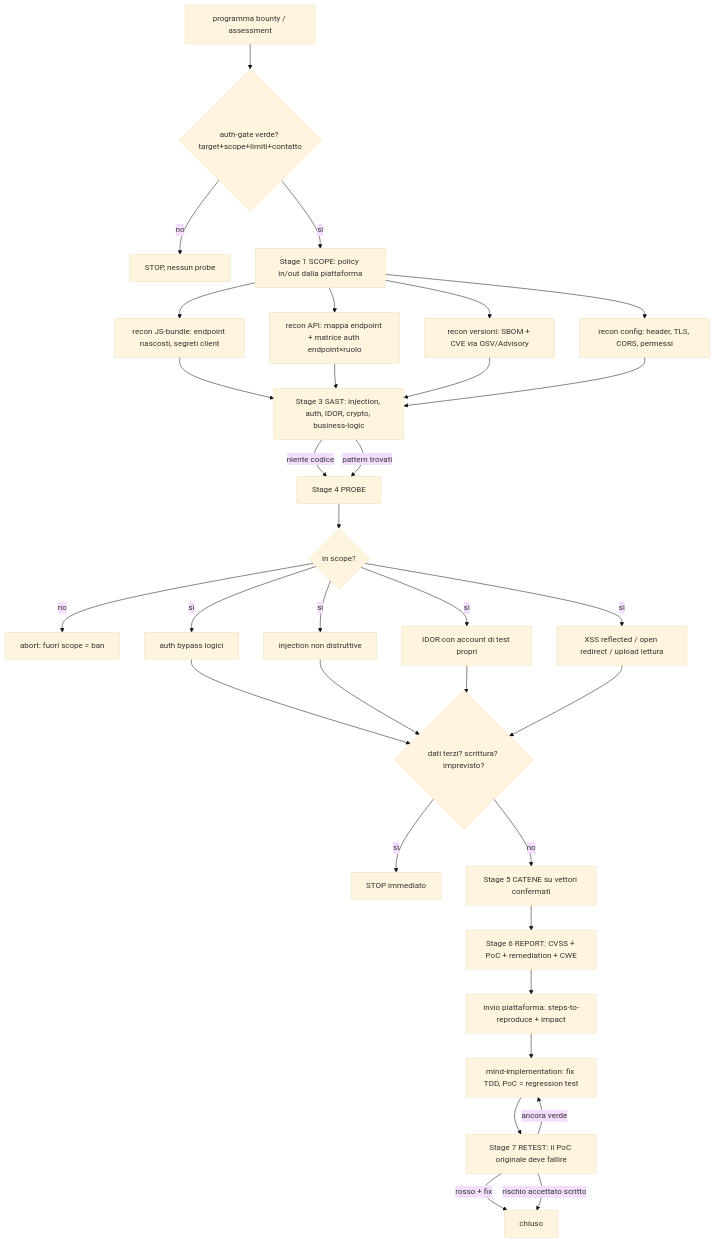
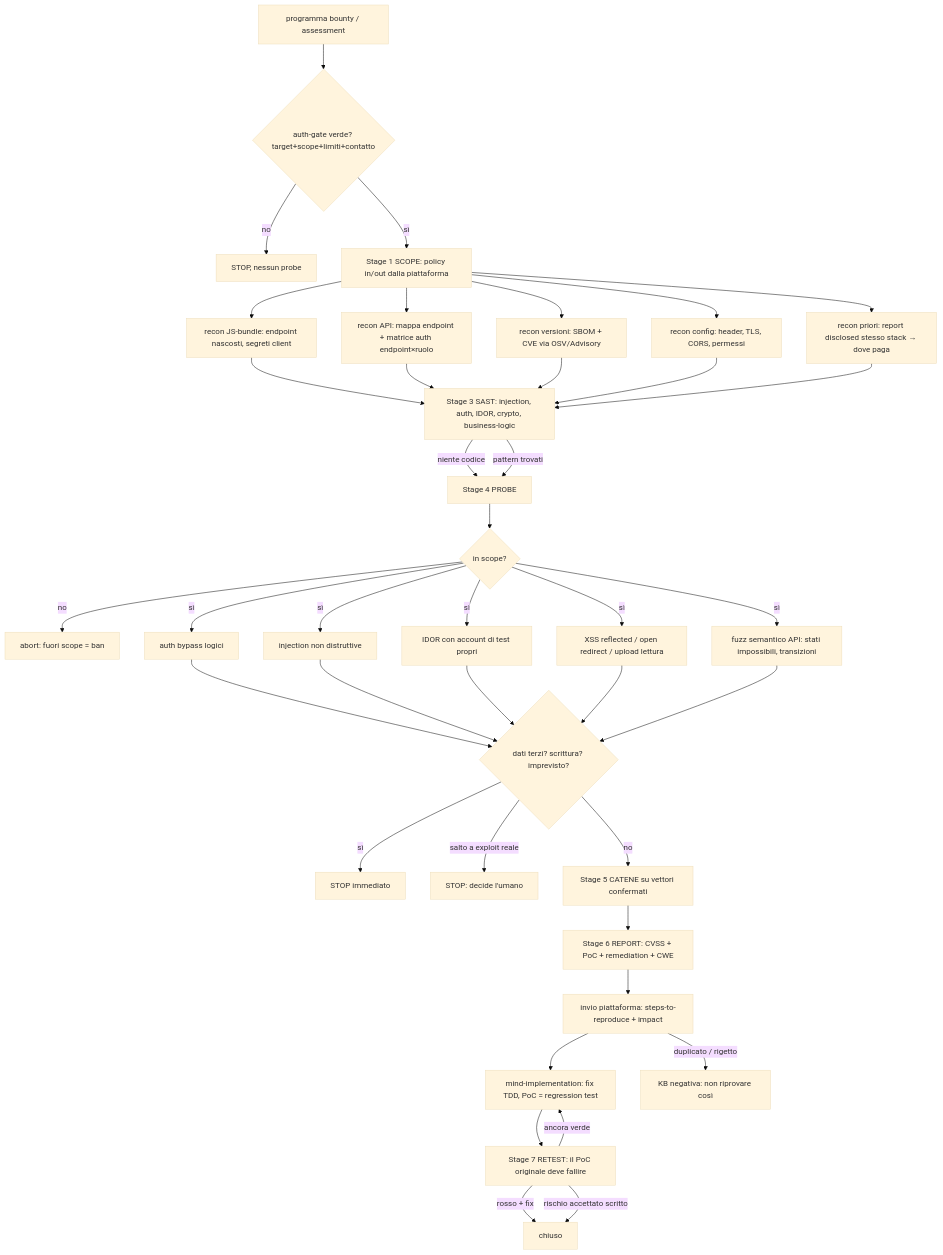
Before and after one commit to Kyriga-CGX/mind-system: the fourth of 6 diagrams in README.md, drawn with Mermaid (base theme). The commit also changed 1 other file, not shown here.

Commit message:
feat: breach-pipeline apprende (priori disclosed, fuzz semantico, KB negativa, escalation umana)

````diff
--- a/README.md
+++ b/README.md
@@ -188,34 +188,38 @@
 ```mermaid
 flowchart TD
     REQ[programma bounty / assessment] --> AUTH{auth-gate verde? target+scope+limiti+contatto}
     AUTH -->|no| STOP[STOP, nessun probe]
     AUTH -->|sì| SC[Stage 1 SCOPE: policy in/out dalla piattaforma]
 
     SC --> RJS[recon JS-bundle: endpoint nascosti, segreti client]
     SC --> RAPI[recon API: mappa endpoint + matrice auth endpoint×ruolo]
     SC --> RCVE[recon versioni: SBOM + CVE via OSV/Advisory]
     SC --> RCFG[recon config: header, TLS, CORS, permessi]
+    SC --> RPR[recon priori: report disclosed stesso stack → dove paga]
 
-    RJS & RAPI & RCVE & RCFG --> SA[Stage 3 SAST: injection, auth, IDOR, crypto, business-logic]
+    RJS & RAPI & RCVE & RCFG & RPR --> SA[Stage 3 SAST: injection, auth, IDOR, crypto, business-logic]
     SA -->|niente codice| PR
     SA -->|pattern trovati| PR[Stage 4 PROBE]
 
     PR --> CHK{in scope?}
     CHK -->|no| ABORT[abort: fuori scope = ban]
     CHK -->|sì| VA[auth bypass logici]
     CHK -->|sì| VI[injection non distruttive]
     CHK -->|sì| VD[IDOR con account di test propri]
     CHK -->|sì| VX[XSS reflected / open redirect / upload lettura]
+    CHK -->|sì| VF[fuzz semantico API: stati impossibili, transizioni]
 
-    VA & VI & VD & VX --> SAFE{dati terzi? scrittura? imprevisto?}
+    VA & VI & VD & VX & VF --> SAFE{dati terzi? scrittura? imprevisto?}
     SAFE -->|sì| HALT[STOP immediato]
+    SAFE -->|salto a exploit reale| ESC[STOP: decide l'umano]
     SAFE -->|no| CA[Stage 5 CATENE su vettori confermati]
 
     CA --> RC[Stage 6 REPORT: CVSS + PoC + remediation + CWE]
     RC --> INV[invio piattaforma: steps-to-reproduce + impact]
     INV --> FX[mind-implementation: fix TDD, PoC = regression test]
     FX --> RT[Stage 7 RETEST: il PoC originale deve fallire]
     RT -->|ancora verde| FX
     RT -->|rosso + fix| DONE[chiuso]
     RT -->|rischio accettato scritto| DONE
+    INV -->|duplicato / rigetto| NEG[KB negativa: non riprovare così]
 ```
````
